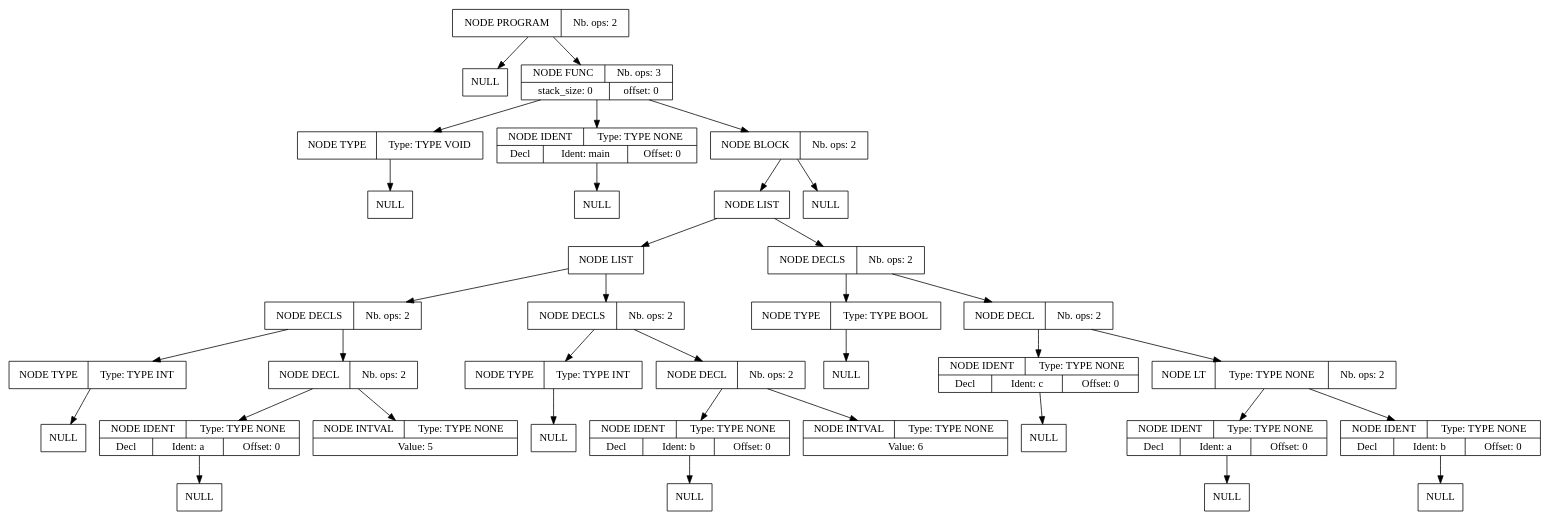
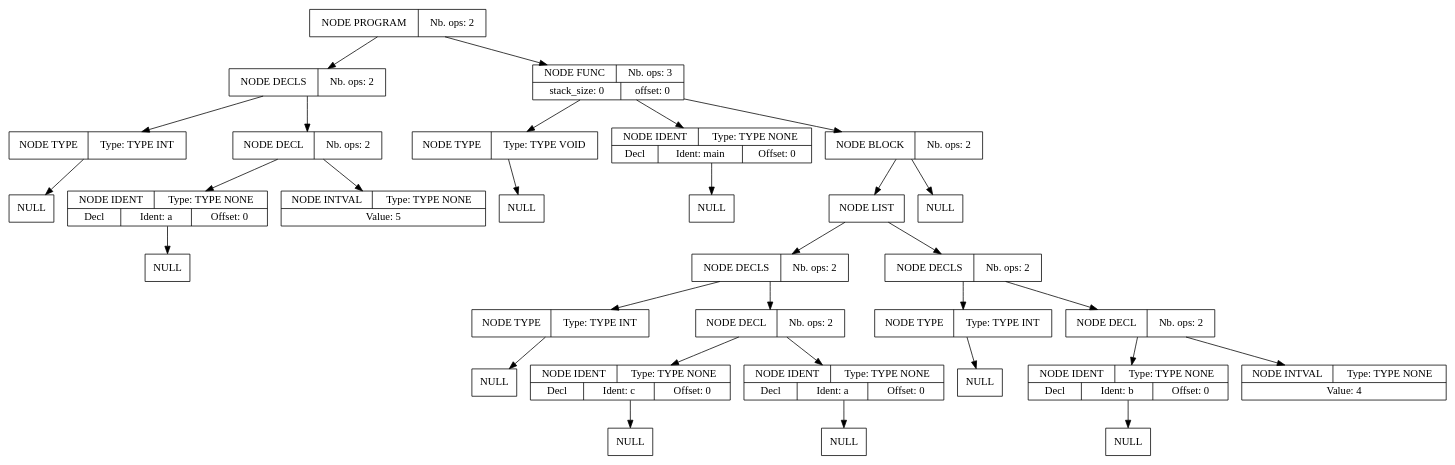
Before and after one commit to Harian-Elyoth/CompilateurMiniC: the diagram in src/arbre_du_program.dot, drawn with Graphviz. The commit also changed 5 other files, not shown here.

```diff
--- a/src/arbre_du_program.dot
+++ b/src/arbre_du_program.dot
@@ -1,108 +1,93 @@
 digraph global_vars {
     N1 [shape=record, label="{{NODE PROGRAM|Nb. ops: 2}}"];
-    N2 [shape=record, label="{{NULL}}"];
-    edge[tailclip=true];
-    N1 -> N2
-    N3 [shape=record, label="{{NODE FUNC|Nb. ops: 3}|{stack_size: 0|offset: 0}}"];
-    N4 [shape=record, label="{{NODE TYPE|Type: TYPE VOID}}"];
-    N5 [shape=record, label="{{NULL}}"];
-    edge[tailclip=true];
-    N4 -> N5
+    N2 [shape=record, label="{{NODE DECLS|Nb. ops: 2}}"];
+    N3 [shape=record, label="{{NODE TYPE|Type: TYPE INT}}"];
+    N4 [shape=record, label="{{NULL}}"];
     edge[tailclip=true];
     N3 -> N4
-    N6 [shape=record, label="{{NODE IDENT|Type: TYPE NONE}|{<decl>Decl      |Ident: main|Offset: 0}}"];
+    edge[tailclip=true];
+    N2 -> N3
+    N5 [shape=record, label="{{NODE DECL|Nb. ops: 2}}"];
+    N6 [shape=record, label="{{NODE IDENT|Type: TYPE NONE}|{<decl>Decl      |Ident: a|Offset: 0}}"];
     N7 [shape=record, label="{{NULL}}"];
     edge[tailclip=true];
     N6 -> N7
     edge[tailclip=true];
-    N3 -> N6
-    N8 [shape=record, label="{{NODE BLOCK|Nb. ops: 2}}"];
-    N9 [shape=record, label="{{NODE LIST}}"];
-    N10 [shape=record, label="{{NODE LIST}}"];
-    N11 [shape=record, label="{{NODE DECLS|Nb. ops: 2}}"];
-    N12 [shape=record, label="{{NODE TYPE|Type: TYPE INT}}"];
+    N5 -> N6
+    N8 [shape=record, label="{{NODE INTVAL|Type: TYPE NONE}|{Value: 5}}"];
+    edge[tailclip=true];
+    N5 -> N8
+    edge[tailclip=true];
+    N2 -> N5
+    edge[tailclip=true];
+    N1 -> N2
+    N9 [shape=record, label="{{NODE FUNC|Nb. ops: 3}|{stack_size: 0|offset: 0}}"];
+    N10 [shape=record, label="{{NODE TYPE|Type: TYPE VOID}}"];
+    N11 [shape=record, label="{{NULL}}"];
+    edge[tailclip=true];
+    N10 -> N11
+    edge[tailclip=true];
+    N9 -> N10
+    N12 [shape=record, label="{{NODE IDENT|Type: TYPE NONE}|{<decl>Decl      |Ident: main|Offset: 0}}"];
     N13 [shape=record, label="{{NULL}}"];
     edge[tailclip=true];
     N12 -> N13
     edge[tailclip=true];
-    N11 -> N12
-    N14 [shape=record, label="{{NODE DECL|Nb. ops: 2}}"];
-    N15 [shape=record, label="{{NODE IDENT|Type: TYPE NONE}|{<decl>Decl      |Ident: a|Offset: 0}}"];
-    N16 [shape=record, label="{{NULL}}"];
+    N9 -> N12
+    N14 [shape=record, label="{{NODE BLOCK|Nb. ops: 2}}"];
+    N15 [shape=record, label="{{NODE LIST}}"];
+    N16 [shape=record, label="{{NODE DECLS|Nb. ops: 2}}"];
+    N17 [shape=record, label="{{NODE TYPE|Type: TYPE INT}}"];
+    N18 [shape=record, label="{{NULL}}"];
     edge[tailclip=true];
-    N15 -> N16
+    N17 -> N18
     edge[tailclip=true];
-    N14 -> N15
-    N17 [shape=record, label="{{NODE INTVAL|Type: TYPE NONE}|{Value: 5}}"];
+    N16 -> N17
+    N19 [shape=record, label="{{NODE DECL|Nb. ops: 2}}"];
+    N20 [shape=record, label="{{NODE IDENT|Type: TYPE NONE}|{<decl>Decl      |Ident: c|Offset: 0}}"];
+    N21 [shape=record, label="{{NULL}}"];
     edge[tailclip=true];
-    N14 -> N17
-    edge[tailclip=true];
-    N11 -> N14
-    edge[tailclip=true];
-    N10 -> N11
-    N18 [shape=record, label="{{NODE DECLS|Nb. ops: 2}}"];
-    N19 [shape=record, label="{{NODE TYPE|Type: TYPE INT}}"];
-    N20 [shape=record, label="{{NULL}}"];
+    N20 -> N21
     edge[tailclip=true];
     N19 -> N20
-    edge[tailclip=true];
-    N18 -> N19
-    N21 [shape=record, label="{{NODE DECL|Nb. ops: 2}}"];
-    N22 [shape=record, label="{{NODE IDENT|Type: TYPE NONE}|{<decl>Decl      |Ident: b|Offset: 0}}"];
+    N22 [shape=record, label="{{NODE IDENT|Type: TYPE NONE}|{<decl>Decl      |Ident: a|Offset: 0}}"];
     N23 [shape=record, label="{{NULL}}"];
     edge[tailclip=true];
     N22 -> N23
     edge[tailclip=true];
-    N21 -> N22
-    N24 [shape=record, label="{{NODE INTVAL|Type: TYPE NONE}|{Value: 6}}"];
+    N19 -> N22
     edge[tailclip=true];
-    N21 -> N24
+    N16 -> N19
     edge[tailclip=true];
-    N18 -> N21
-    edge[tailclip=true];
-    N10 -> N18
-    edge[tailclip=true];
-    N9 -> N10
-    N25 [shape=record, label="{{NODE DECLS|Nb. ops: 2}}"];
-    N26 [shape=record, label="{{NODE TYPE|Type: TYPE BOOL}}"];
-    N27 [shape=record, label="{{NULL}}"];
-    edge[tailclip=true];
-    N26 -> N27
+    N15 -> N16
+    N24 [shape=record, label="{{NODE DECLS|Nb. ops: 2}}"];
+    N25 [shape=record, label="{{NODE TYPE|Type: TYPE INT}}"];
+    N26 [shape=record, label="{{NULL}}"];
     edge[tailclip=true];
     N25 -> N26
-    N28 [shape=record, label="{{NODE DECL|Nb. ops: 2}}"];
-    N29 [shape=record, label="{{NODE IDENT|Type: TYPE NONE}|{<decl>Decl      |Ident: c|Offset: 0}}"];
-    N30 [shape=record, label="{{NULL}}"];
     edge[tailclip=true];
-    N29 -> N30
+    N24 -> N25
+    N27 [shape=record, label="{{NODE DECL|Nb. ops: 2}}"];
+    N28 [shape=record, label="{{NODE IDENT|Type: TYPE NONE}|{<decl>Decl      |Ident: b|Offset: 0}}"];
+    N29 [shape=record, label="{{NULL}}"];
     edge[tailclip=true];
     N28 -> N29
-    N31 [shape=record, label="{{NODE LT|Type: TYPE NONE|Nb. ops: 2}}"];
-    N32 [shape=record, label="{{NODE IDENT|Type: TYPE NONE}|{<decl>Decl      |Ident: a|Offset: 0}}"];
-    N33 [shape=record, label="{{NULL}}"];
     edge[tailclip=true];
-    N32 -> N33
+    N27 -> N28
+    N30 [shape=record, label="{{NODE INTVAL|Type: TYPE NONE}|{Value: 4}}"];
     edge[tailclip=true];
-    N31 -> N32
-    N34 [shape=record, label="{{NODE IDENT|Type: TYPE NONE}|{<decl>Decl      |Ident: b|Offset: 0}}"];
-    N35 [shape=record, label="{{NULL}}"];
+    N27 -> N30
     edge[tailclip=true];
-    N34 -> N35
+    N24 -> N27
     edge[tailclip=true];
-    N31 -> N34
+    N15 -> N24
     edge[tailclip=true];
-    N28 -> N31
+    N14 -> N15
+    N31 [shape=record, label="{{NULL}}"];
     edge[tailclip=true];
-    N25 -> N28
+    N14 -> N31
     edge[tailclip=true];
-    N9 -> N25
+    N9 -> N14
     edge[tailclip=true];
-    N8 -> N9
-    N36 [shape=record, label="{{NULL}}"];
-    edge[tailclip=true];
-    N8 -> N36
-    edge[tailclip=true];
-    N3 -> N8
-    edge[tailclip=true];
-    N1 -> N3
+    N1 -> N9
 }
```
